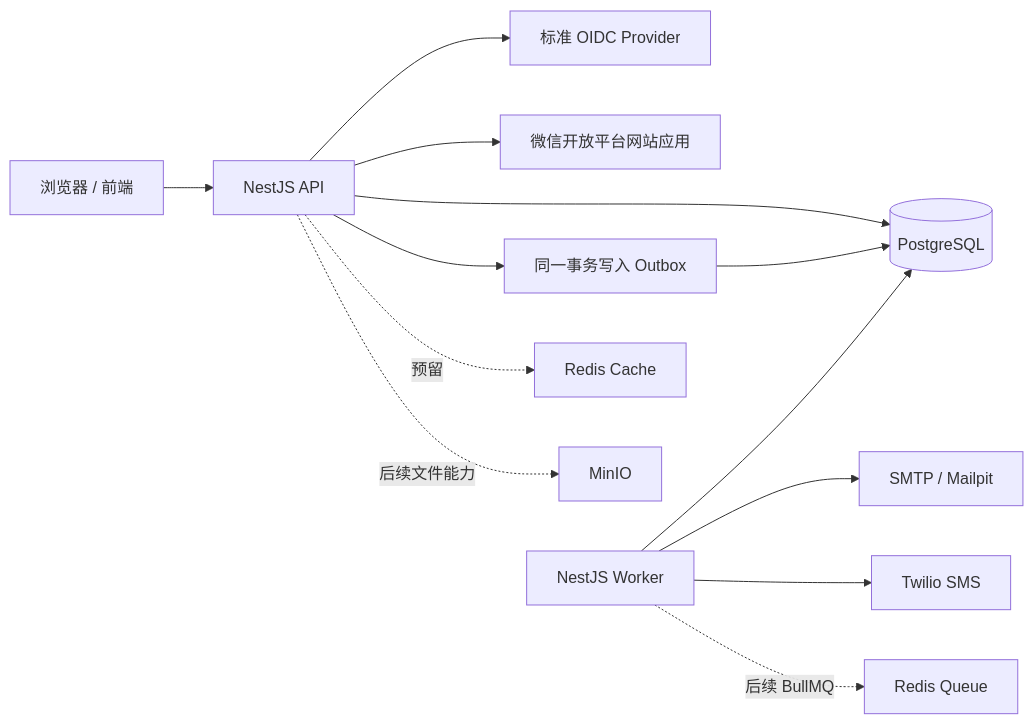
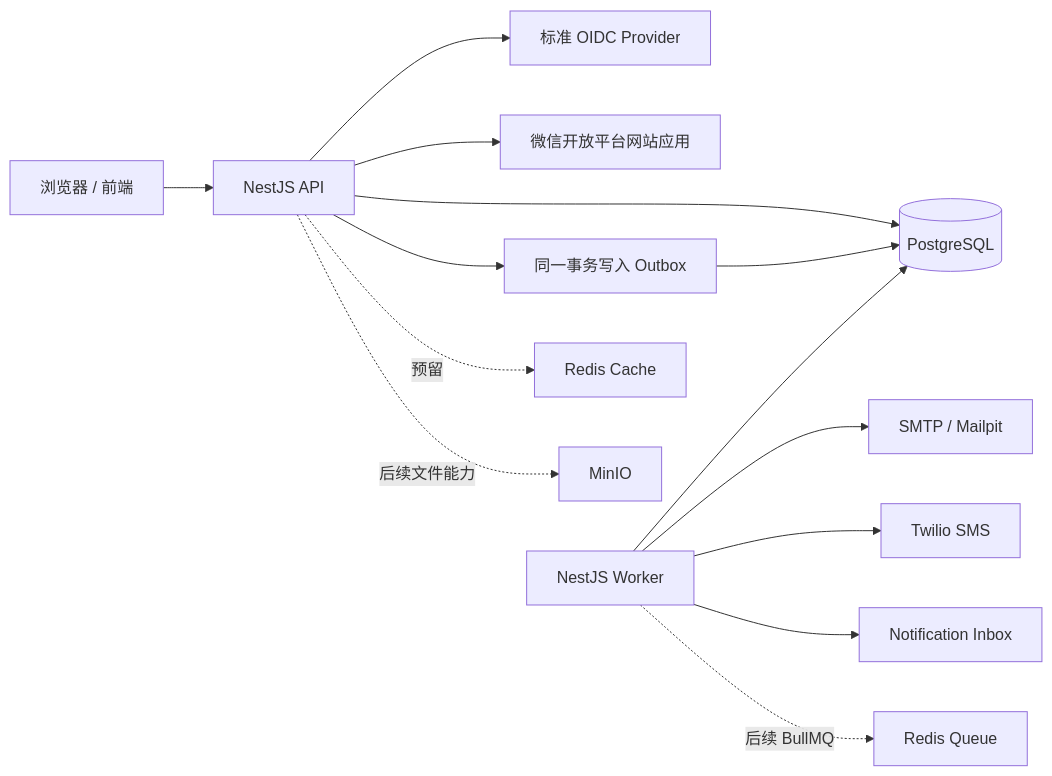
Before and after one commit to SamChowRock/Hx: the diagram in tutorials/nestjs-backend/01-overview-and-stack.md, drawn with Mermaid. The commit also changed other lines of this file and 43 other files, not shown here.

````diff
--- a/tutorials/nestjs-backend/01-overview-and-stack.md
+++ b/tutorials/nestjs-backend/01-overview-and-stack.md
@@ -25,15 +26,16 @@
 ```mermaid
 flowchart LR
   Browser["浏览器 / 前端"] --> API["NestJS API"]
   API --> PG[("PostgreSQL")]
   API --> OIDC["标准 OIDC Provider"]
   API --> WeChat["微信开放平台网站应用"]
   API --> Outbox["同一事务写入 Outbox"]
   Outbox --> PG
   Worker["NestJS Worker"] --> PG
   Worker --> Email["SMTP / Mailpit"]
   Worker --> SMS["Twilio SMS"]
+  Worker --> Notifications["Notification Inbox"]
   API -. "预留" .-> Cache["Redis Cache"]
   Worker -. "后续 BullMQ" .-> Queue["Redis Queue"]
   API -. "后续文件能力" .-> MinIO["MinIO"]
 ```
````
